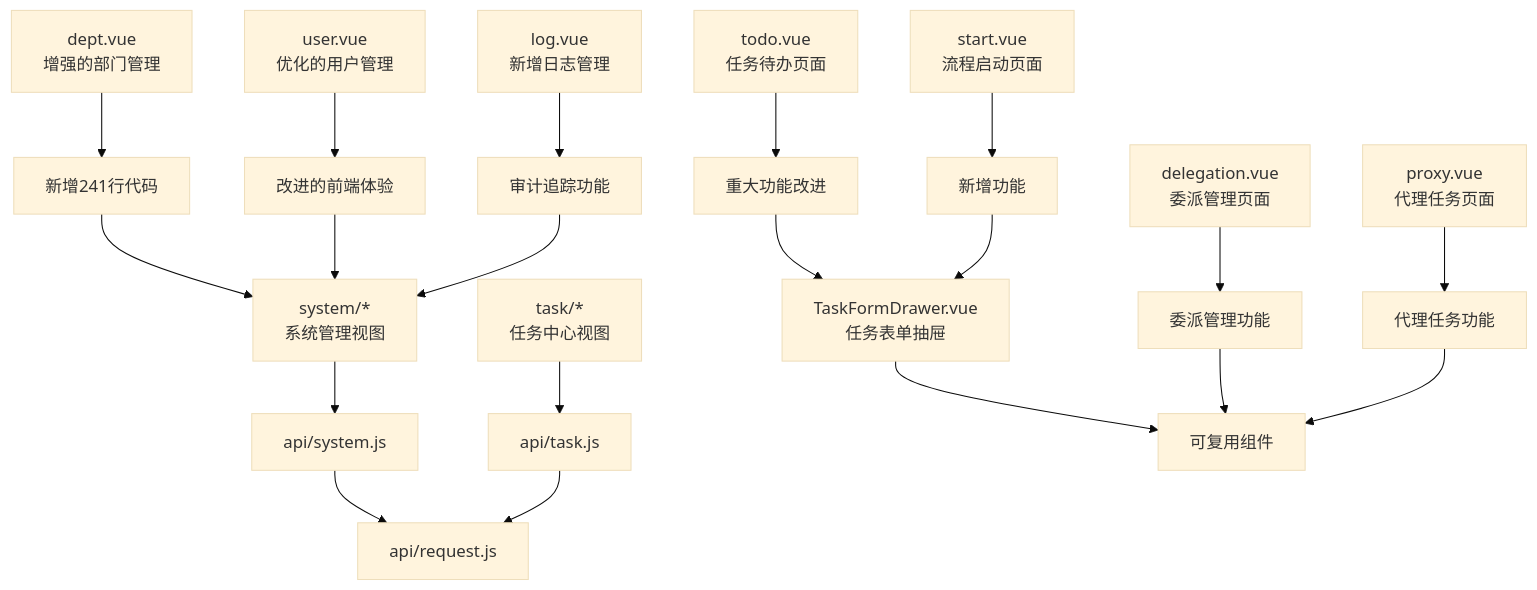
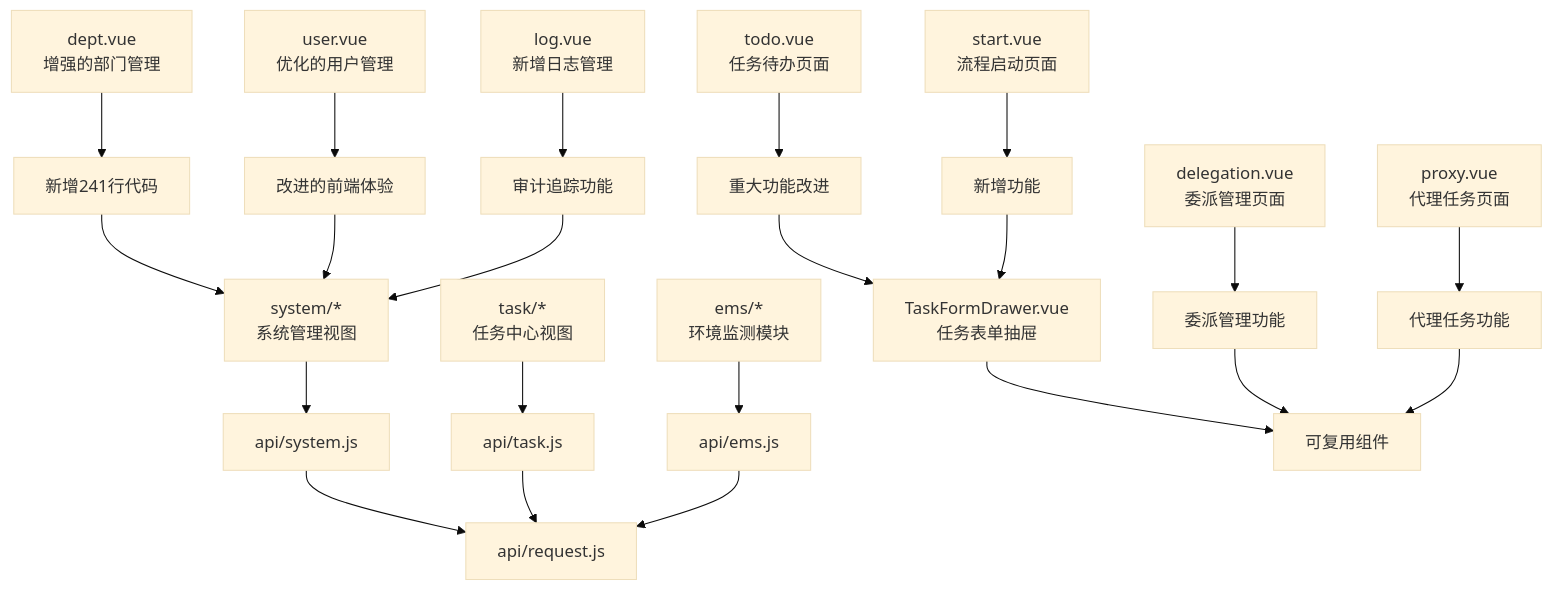
Before and after one commit to liming-lihaini/workflow: the ninth of 16 diagrams in .qoder/repowiki/zh/content/用户界面设计/用户界面设计.md, drawn with Mermaid (base theme). The commit also changed other lines of this file and 45 other files, not shown here.

````diff
--- a/.qoder/repowiki/zh/content/用户界面设计/用户界面设计.md
+++ b/.qoder/repowiki/zh/content/用户界面设计/用户界面设计.md
@@ -435,22 +525,24 @@
 ```mermaid
 graph TB
 SYS["system/*<br/>系统管理视图"] --> API_SYS["api/system.js"]
 TASK["task/*<br/>任务中心视图"] --> API_TASK["api/task.js"]
+EMS["ems/*<br/>环境监测模块"] --> API_EMS["api/ems.js"]
 API_SYS --> REQ["api/request.js"]
 API_TASK --> REQ
+API_EMS --> REQ
 DEPT_ENHANCED["dept.vue<br/>增强的部门管理"] --> NEW_FEATURES["新增241行代码"]
 USER_IMPROVED["user.vue<br/>优化的用户管理"] --> ENHANCED_UI["改进的前端体验"]
 LOG_NEW["log.vue<br/>新增日志管理"] --> AUDIT_FEATURES["审计追踪功能"]
 TASK_TODO["todo.vue<br/>任务待办页面"] --> TASK_ENHANCE["重大功能改进"]
 TASK_START["start.vue<br/>流程启动页面"] --> NEW_FEATURE["新增功能"]
 TASK_DELEGATION["delegation.vue<br/>委派管理页面"] --> DELEGATION_FEATURE["委派管理功能"]
 TASK_PROXY["proxy.vue<br/>代理任务页面"] --> PROXY_FEATURE["代理任务功能"]
 TASK_DRAWER["TaskFormDrawer.vue<br/>任务表单抽屉"] --> TASK_COMPONENT["可复用组件"]
 TASK_ENHANCE --> TASK_DRAWER
 NEW_FEATURE --> TASK_DRAWER
 DELEGATION_FEATURE --> TASK_COMPONENT
 PROXY_FEATURE --> TASK_COMPONENT
 NEW_FEATURES --> SYS
 ENHANCED_UI --> SYS
 AUDIT_FEATURES --> SYS
 ```
````
